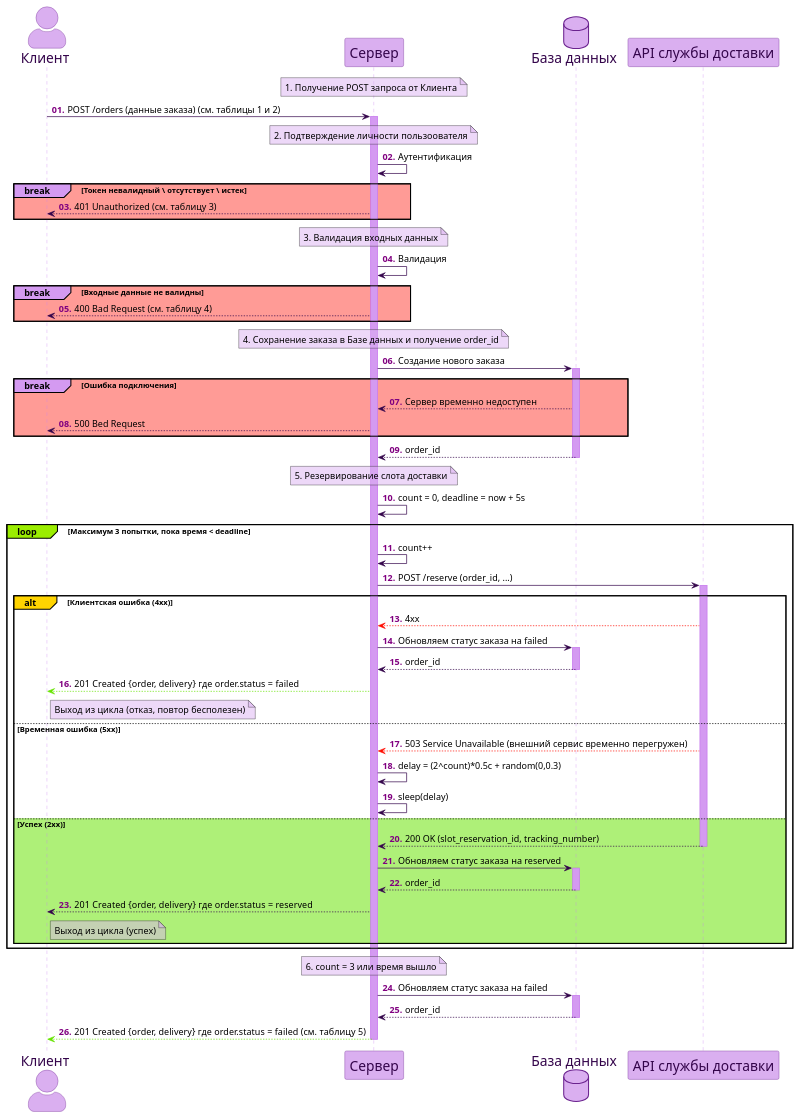
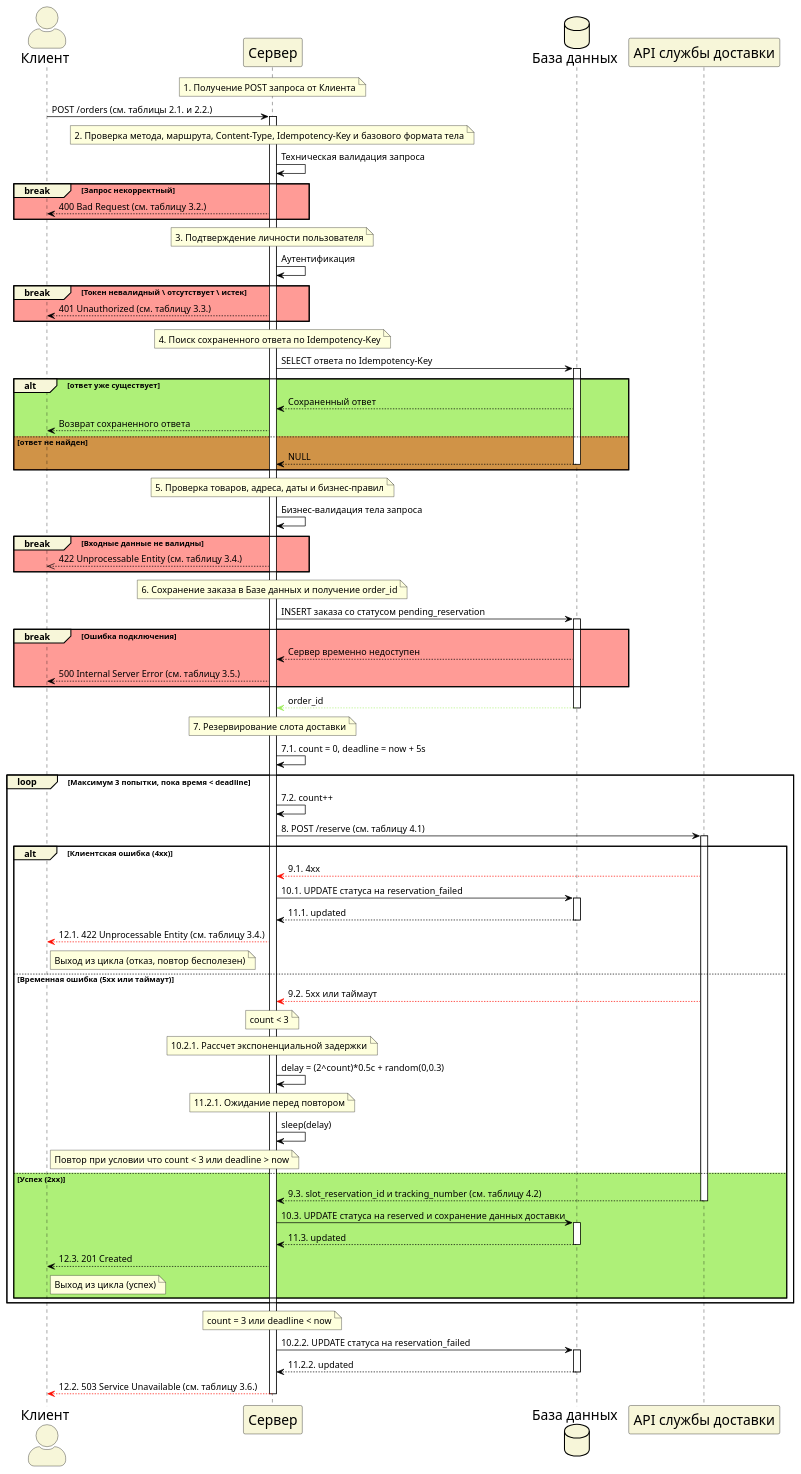
One commit to NastyaST8896/Sequence-Diagram changed the fourth of 4 diagrams in task-1.md. Above: the diagram before and after it, drawn with PlantUML. The commit also changed other lines of this file and 3 other files, not shown here.

````diff
--- a/task-1.md
+++ b/task-1.md
@@ -280,36 +409,31 @@
 ```plantuml
 @startuml
-autonumber "<b><color: purple>00.</color></b>"
+skinparam sequence {
+backgroundColor #ffffff
+ArrowColor #000000
+LifeLineBorderColor #000000
+LifeLineBackgroundColor #ffffff
 
-skinparam sequence {
-backgroundColor #9800e4
-ArrowColor #34054b
-LifeLineBorderColor #cb84ef
-LifeLineBackgroundColor #d49af1
-NoteBackgroundColor #360251
-
-ParticipantBorderColor #6a228e
-ParticipantBackgroundColor #daaff0
+ParticipantBorderColor #000000
+ParticipantBackgroundColor #f7f6d9
 ParticipantFontName Aapex
 ParticipantFontSize 20
-ParticipantFontColor #34054b
+ParticipantFontColor #000000
 
-ActorBorderColor #6a228e
-ActorBackgroundColor #daaff0
+ActorBorderColor #000000
+ActorBackgroundColor #f7f6d9
 ActorFontName Aapex
 ActorFontSize 20
-ActorFontColor #34054b
+ActorFontColor #000000
 ActorStyle awesome
 }
 skinparam database {
-BorderColor #6a228e
-BackgroundColor #daaff0
+BorderColor #000000
+BackgroundColor #f7f6d9
 FontName Aapex
 FontSize 20
-FontColor #34054b
+FontColor #000000
 }
-
-skinparam NoteBackgroundColor #daaff07d
 
 actor C as "Клиент"
 participant S as "Сервер"
@@ -317,63 +441,82 @@
 participant API as "API службы доставки"
 
 Note over S: 1. Получение POST запроса от Клиента
-    C->S ++: POST /orders (данные заказа) (см. таблицы 1 и 2)
+    C->S ++: POST /orders (см. таблицы 2.1. и 2.2.)
 
-    Note over S: 2. Подтверждение личности пользоователя
+Note over S: 2. Проверка метода, маршрута, Content-Type, Idempotency-Key и базового формата тела
+    S->S: Техническая валидация запроса
+    break#f7f6d9 #ff0d0069 Запрос некорректный
+        S-->C: 400 Bad Request (см. таблицу 3.2.)
+    end
+
+Note over S: 3. Подтверждение личности пользователя
     S->S: Аутентификация
-        break#d49af1 #ff0d0069 Токен невалидный \ отсутствует \ истек
-            S-->C: 401 Unauthorized (см. таблицу 3)
+        break#f7f6d9 #ff0d0069 Токен невалидный \ отсутствует \ истек
+            S-->C: 401 Unauthorized (см. таблицу 3.3.)
         end
 
-    Note over S: 3. Валидация входных данных
-    S->S: Валидация 
-        break#d49af1 #ff0d0069 Входные данные не валидны
-            S-->C: 400 Bad Request (см. таблицу 4)
+Note over S: 4. Поиск сохраненного ответа по Idempotency-Key
+    S->DB ++: SELECT ответа по Idempotency-Key
+    alt#f7f6d9 #66e30087 ответ уже существует
+        DB-->S: Сохраненный ответ
+        S-->C: Возврат сохраненного ответа
+    else #ff0d0069 ответ не найден
+        DB-->S --: NULL
+    end
+
+Note over S: 5. Проверка товаров, адреса, даты и бизнес-правил
+    S->S: Бизнес-валидация тела запроса
+        break#f7f6d9 #ff0d0069 Входные данные не валидны
+            S-->>C: 422 Unprocessable Entity (см. таблицу 3.4.)
         end
 
-    Note over S: 4. Сохранение заказа в Базе данных и получение order_id
-    S->DB ++: Создание нового заказа
+Note over S: 6. Сохранение заказа в Базе данных и получение order_id
+    S->DB ++: INSERT заказа со статусом pending_reservation
 
-    break#d49af1 #ff0d0069 Ошибка подключения
+    break#f7f6d9 #ff0d0069 Ошибка подключения
         DB-->S: Сервер временно недоступен
-        S-->C: 500 Bed Request
+        S-->C: 500 Internal Server Error (см. таблицу 3.5.)
     end
 
-        DB-->S --: order_id
+    DB-[#66e30087]->S --: order_id
 
-    Note over S: 5. Резервирование слота доставки
-    S->S: count = 0, deadline = now + 5s
-    loop#9BED00 Максимум 3 попытки, пока время < deadline
-        S->S: count++
-        S->API ++: POST /reserve (order_id, ...)
-        alt#FFD400 Клиентская ошибка (4xx)
-            API-[#ff0d00]->S: 4xx
-            S->DB ++: Обновляем статус заказа на failed
-            DB-->S --: order_id
+Note over S: 7. Резервирование слота доставки
+    S->S: 7.1. count = 0, deadline = now + 5s
+    loop#f7f6d9 Максимум 3 попытки, пока время < deadline
+        S->S: 7.2. count++
+        S->API ++: 8. POST /reserve (см. таблицу 4.1)
+        alt#f7f6d9 Клиентская ошибка (4xx)
+            API-[#ff0d00]->S: 9.1. 4xx
+            S->DB ++: 10.1. UPDATE статуса на reservation_failed
+            DB-->S --: 11.1. updated
+            S-[#ff0d00]->C: 12.1. 422 Unprocessable Entity (см. таблицу 3.4.)
+        Note right of C: Выход из цикла (отказ, повтор бесполезен)
+        else Временная ошибка (5xx или таймаут)
+            API-[#ff0d00]->S: 9.2. 5xx или таймаут
 
-            S-[#66e300]->C: 201 Created {order, delivery} где order.status = failed
-            Note right of C: Выход из цикла (отказ, повтор бесполезен)
-        else Временная ошибка (5xx)
-            API-[#ff0d00]->S: 503 Service Unavailable (внешний сервис временно перегружен)
-        
+            Note over S: count < 3
+
+            Note over S: 10.2.1. Рассчет экспоненциальной задержки
             S->S: delay = (2^сount)*0.5с + random(0,0.3)
+
+            Note over S: 11.2.1. Ожидание перед повтором
             S->S: sleep(delay)
 
+        Note right of C: Повтор при условии что count < 3 или deadline > now
         else #66e30087 Успех (2xx)
-                API-->S --: 200 OK (slot_reservation_id, tracking_number)
-                S->DB ++: Обновляем статус заказа на reserved
-                DB-->S --: order_id
+            API-->S --: 9.3. slot_reservation_id и tracking_number (см. таблицу 4.2)
+            S->DB ++:  10.3. UPDATE статуса на reserved и сохранение данных доставки
+            DB-->S --: 11.3. updated
 
-                S -->C: 201 Created {order, delivery} где order.status = reserved
-
-            Note right of C: Выход из цикла (успех)
+            S-->C: 12.3. 201 Created
+        Note right of C: Выход из цикла (успех)
         end
     end
 
-    Note over S:6. count = 3 или время вышло
-        S->DB ++: Обновляем статус заказа на failed
-        DB-->S --: order_id
+Note over S: count = 3 или deadline < now
 
-        S-[#66e300]->C --: 201 Created {order, delivery} где order.status = failed (см. таблицу 5)
+    S->DB ++: 10.2.2. UPDATE статуса на reservation_failed
+    DB-->S --: 11.2.2. updated
+    S -[#ff0d00]->C --: 12.2. 503 Service Unavailable (см. таблицу 3.6.)
 @enduml
 ```
````
